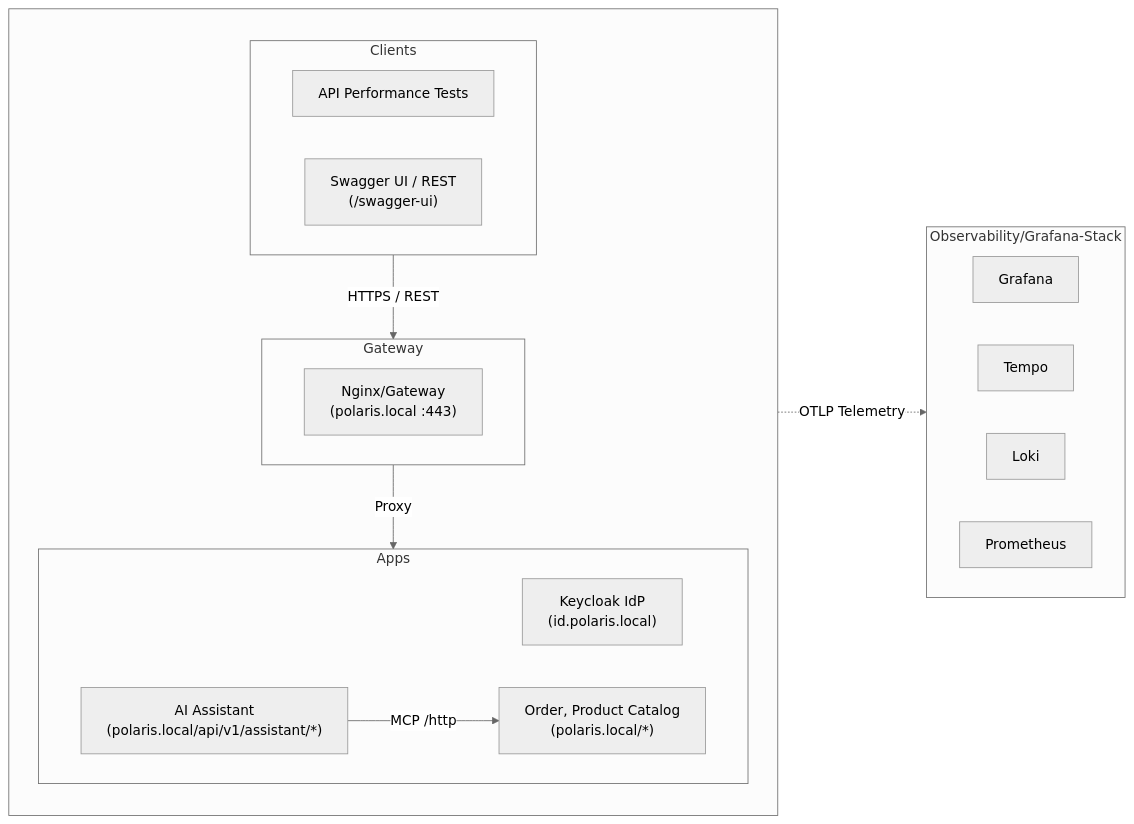
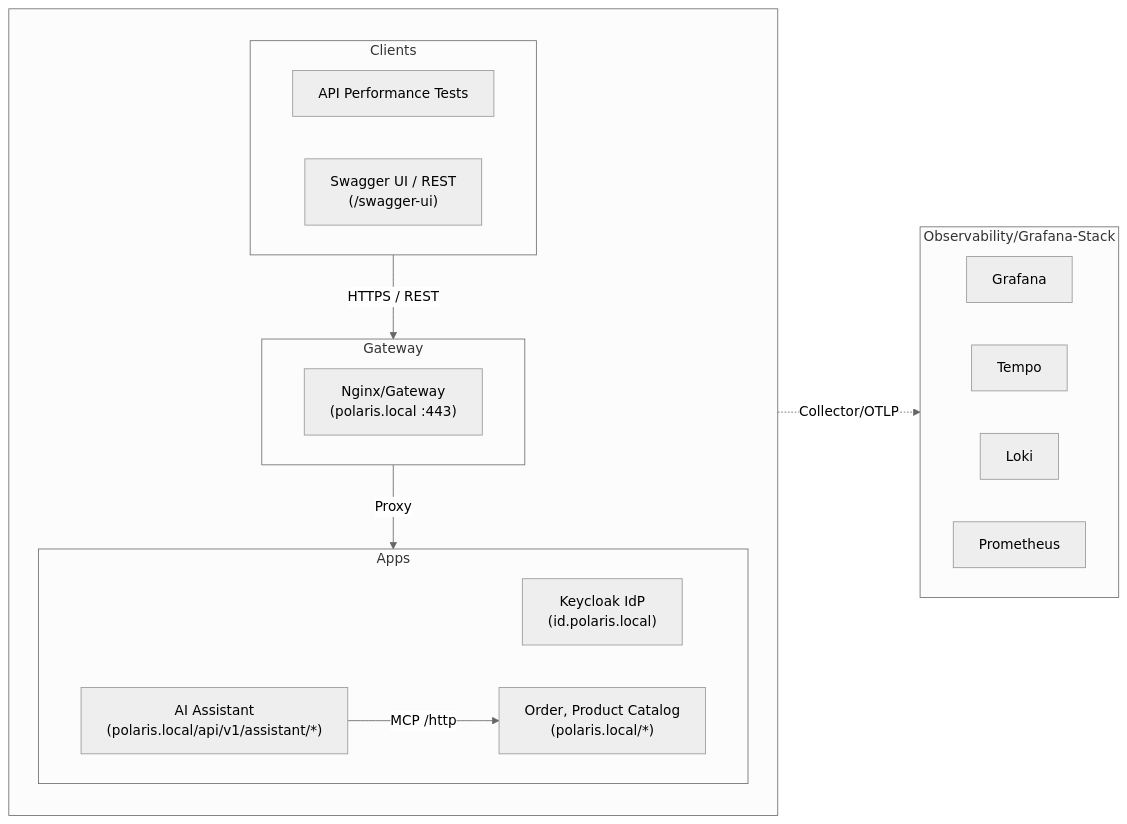
Before and after one commit to vungdv/hometask1: the diagram in src/java/03-Polaris/README.md, drawn with Mermaid (neutral theme). The commit also changed other lines of this file, not shown here.

````diff
--- a/src/java/03-Polaris/README.md
+++ b/src/java/03-Polaris/README.md
@@ -35,31 +33,31 @@
 ```mermaid
 flowchart LR
     subgraph Observability["Observability/Grafana-Stack"]
         direction LR
         Grafana["Grafana"]
         Tempo["Tempo"]
         Loki["Loki"]
         Prometheus["Prometheus"]
     end
     subgraph Main[" "]
         direction TB
         subgraph L1["Clients"]
             direction LR
             k6["API Performance Tests"]
             SwaggerUI["Swagger UI / REST<br/>(/swagger-ui)"]
         end
         subgraph L2["Gateway"]
             Nginx["Nginx/Gateway<br/>(polaris.local :443)"]
         end
         subgraph L3["Apps"]
             direction LR
             Keycloak["Keycloak IdP<br/>(id.polaris.local)"]
             Polaris-App["Order, Product Catalog<br/>(polaris.local/*)"]
             Polaris-Assistant["AI Assistant<br/>(polaris.local/api/v1/assistant/*)"]
         end
     end
     L1 -->|HTTPS / REST| L2
     L2 -->|Proxy| L3
     Polaris-Assistant -->|MCP /http| Polaris-App
-    Main -.->|OTLP Telemetry| Observability
+    Main -.->|Collector/OTLP| Observability
 ```
````
